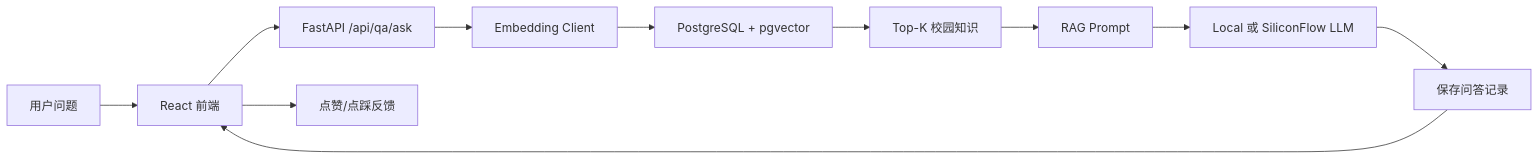
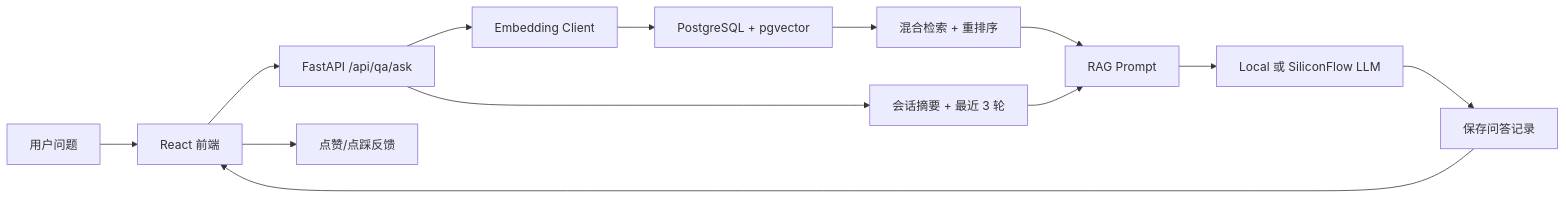
One commit to liuqiyang671/rag-cqupt changed the diagram in README.md. Above: the diagram before and after it, drawn with Mermaid. The commit also changed other lines of this file and 17 other files, not shown here.

````diff
--- a/README.md
+++ b/README.md
@@ -16,13 +16,15 @@
 ```mermaid
 flowchart LR
   User["用户问题"] --> Frontend["React 前端"]
   Frontend --> API["FastAPI /api/qa/ask"]
   API --> Embed["Embedding Client"]
   Embed --> PG["PostgreSQL + pgvector"]
-  PG --> Context["Top-K 校园知识"]
+  PG --> Context["混合检索 + 重排序"]
+  API --> Session["会话摘要 + 最近 3 轮"]
   Context --> Prompt["RAG Prompt"]
+  Session --> Prompt
   Prompt --> LLM["Local 或 SiliconFlow LLM"]
   LLM --> Record["保存问答记录"]
   Record --> Frontend
   Frontend --> Feedback["点赞/点踩反馈"]
 ```
````
